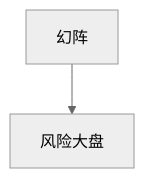
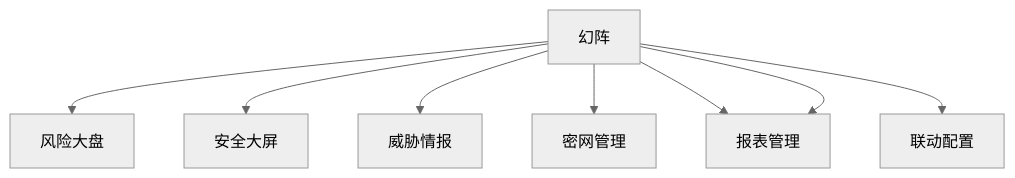
Before and after one commit to Randark-JMT/Treasure-House: the diagram in docs/Attack-Defense/Safety-Vendor/Moresec/magic-shield.md, drawn with Mermaid (neutral theme).

````diff
--- a/docs/Attack-Defense/Safety-Vendor/Moresec/magic-shield.md
+++ b/docs/Attack-Defense/Safety-Vendor/Moresec/magic-shield.md
@@ -5,4 +5,10 @@
 ```mermaid
 graph TD;
     幻阵 --> 风险大盘;
+    幻阵 --> 安全大屏;
+    幻阵 --> 威胁情报;
+    幻阵 --> 密网管理;
+    幻阵 --> 报表管理;
+    幻阵 --> 报表管理;
+    幻阵 --> 联动配置;
 ```
````
